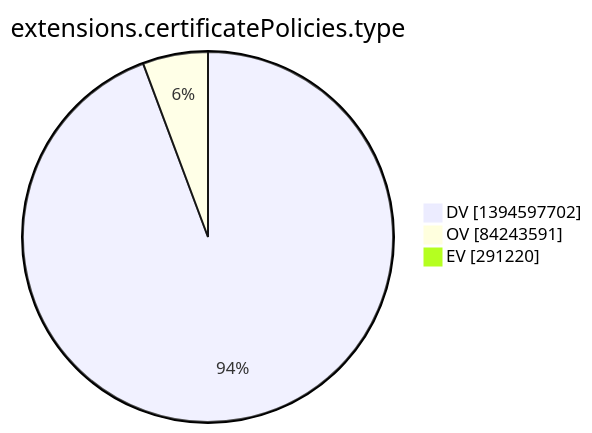
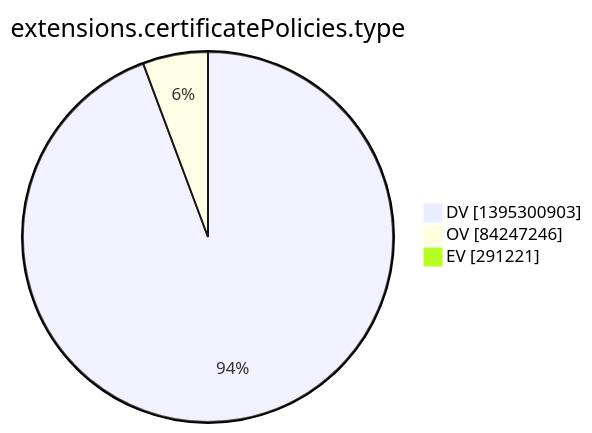
The tenth of 15 diagrams in argon2022/README.md (christiankrug/ctmonitor_visualization), drawn with Mermaid before and after one commit. The commit also changed other lines of this file, not shown here.

````diff
--- a/argon2022/README.md
+++ b/argon2022/README.md
@@ -2773,7 +2773,7 @@
 ```mermaid
 pie showData
 title extensions.certificatePolicies.type
-"DV" :1394597702
-"OV" :84243591
-"EV" :291220
+"DV" :1395300903
+"OV" :84247246
+"EV" :291221
 ```
````
